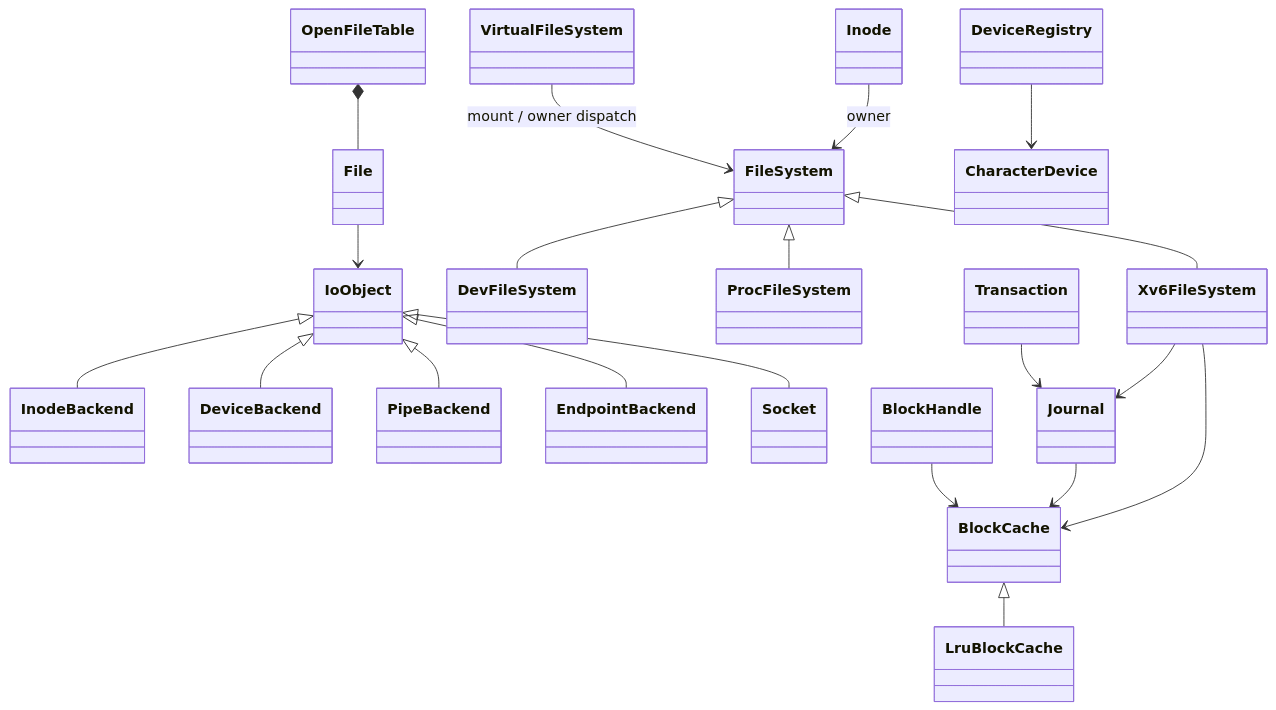
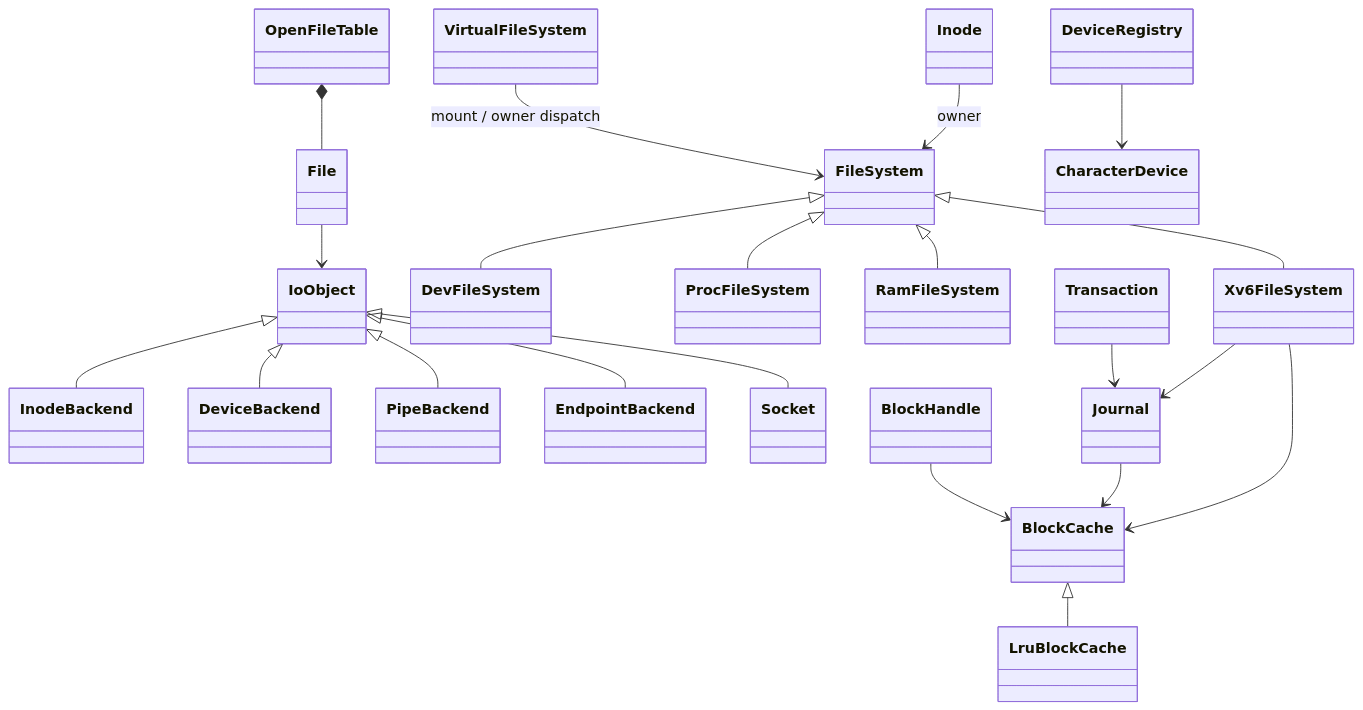
One commit to barrenham/xv6-cpp changed the diagram in kernel/fs/README.md. Above: the diagram before and after it, drawn with Mermaid. The commit also changed other lines of this file and 160 other files, not shown here.

````diff
--- a/kernel/fs/README.md
+++ b/kernel/fs/README.md
@@ -23,22 +25,23 @@
 ```mermaid
 classDiagram
   BlockCache <|-- LruBlockCache
   FileSystem <|-- Xv6FileSystem
   VirtualFileSystem --> FileSystem : mount / owner dispatch
   FileSystem <|-- DevFileSystem
   FileSystem <|-- ProcFileSystem
+  FileSystem <|-- RamFileSystem
   Inode --> FileSystem : owner
   File --> IoObject
   IoObject <|-- InodeBackend
   IoObject <|-- DeviceBackend
   IoObject <|-- PipeBackend
   IoObject <|-- EndpointBackend
   IoObject <|-- Socket
   BlockHandle --> BlockCache
   Transaction --> Journal
   Journal --> BlockCache
   Xv6FileSystem --> Journal
   Xv6FileSystem --> BlockCache
   OpenFileTable *-- File
   DeviceRegistry --> CharacterDevice
 ```
````
